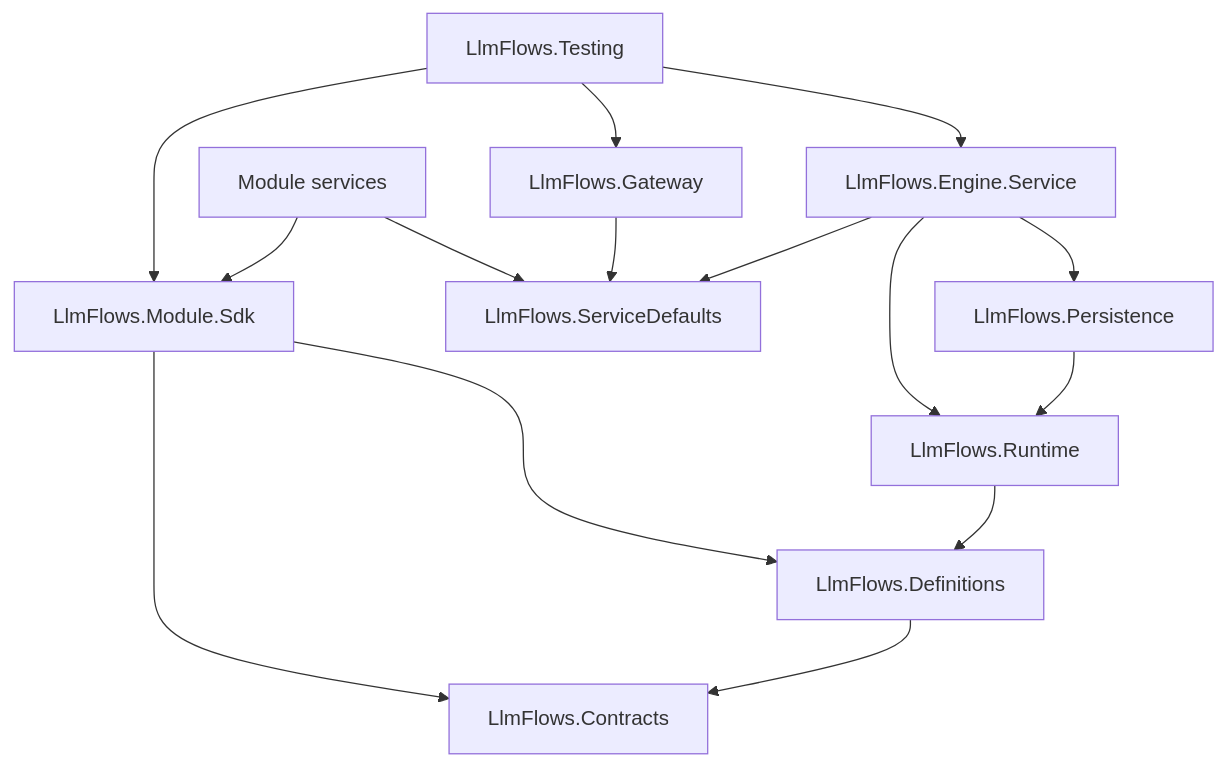
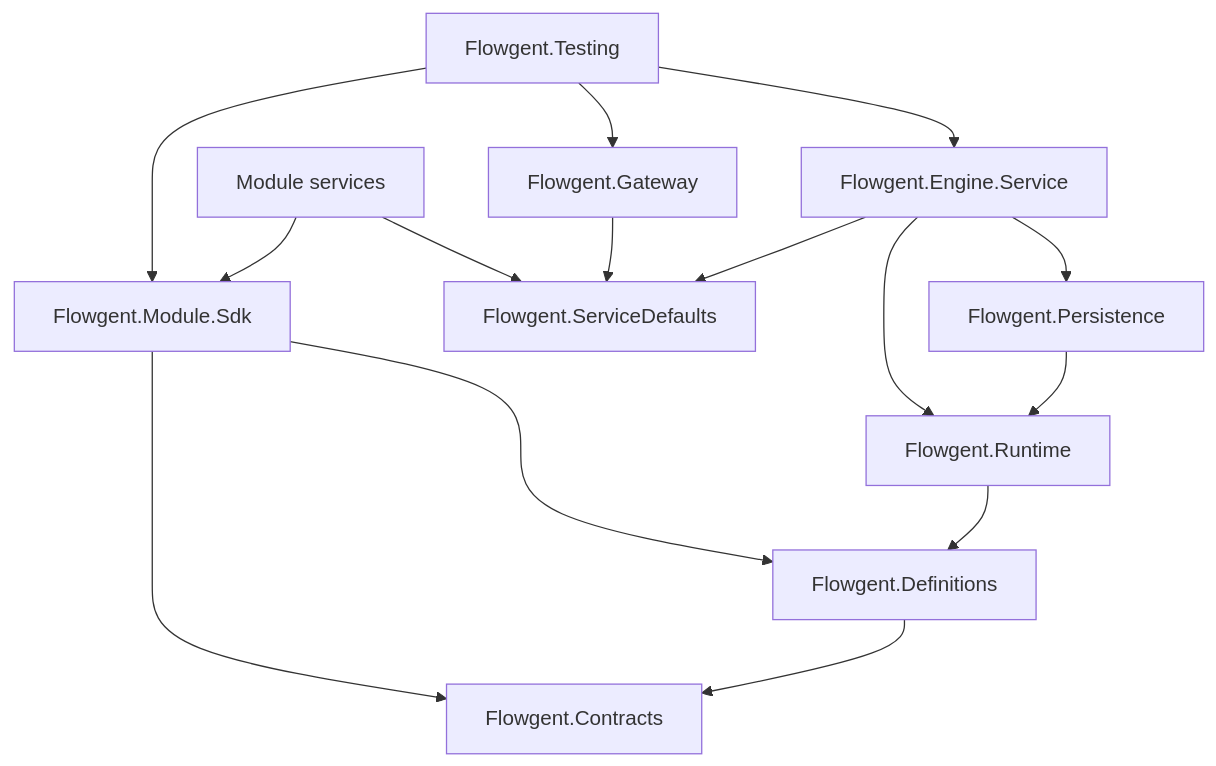
One commit to GabrieleTronchin/AiSupportWorkflow changed the second of 2 diagrams in docs/architecture.md. Above: the diagram before and after it, drawn with Mermaid. The commit also changed other lines of this file and 279 other files, not shown here.

First line of the commit message:
Rename LlmFlows to Flowgent across backend, dashboard, docs and config

````diff
--- a/docs/architecture.md
+++ b/docs/architecture.md
@@ -108,12 +108,12 @@
 ```mermaid
 graph TD
-    Contracts[LlmFlows.Contracts]
-    Definitions[LlmFlows.Definitions] --> Contracts
-    Runtime[LlmFlows.Runtime] --> Definitions
-    Persistence[LlmFlows.Persistence] --> Runtime
-    EngineSvc[LlmFlows.Engine.Service] --> Runtime & Persistence & Defaults
-    Gateway[LlmFlows.Gateway] --> Defaults[LlmFlows.ServiceDefaults]
-    Sdk[LlmFlows.Module.Sdk] --> Contracts & Definitions
+    Contracts[Flowgent.Contracts]
+    Definitions[Flowgent.Definitions] --> Contracts
+    Runtime[Flowgent.Runtime] --> Definitions
+    Persistence[Flowgent.Persistence] --> Runtime
+    EngineSvc[Flowgent.Engine.Service] --> Runtime & Persistence & Defaults
+    Gateway[Flowgent.Gateway] --> Defaults[Flowgent.ServiceDefaults]
+    Sdk[Flowgent.Module.Sdk] --> Contracts & Definitions
     Modules[Module services] --> Sdk & Defaults
-    Testing[LlmFlows.Testing] --> EngineSvc & Gateway & Sdk
+    Testing[Flowgent.Testing] --> EngineSvc & Gateway & Sdk
 ```
````
